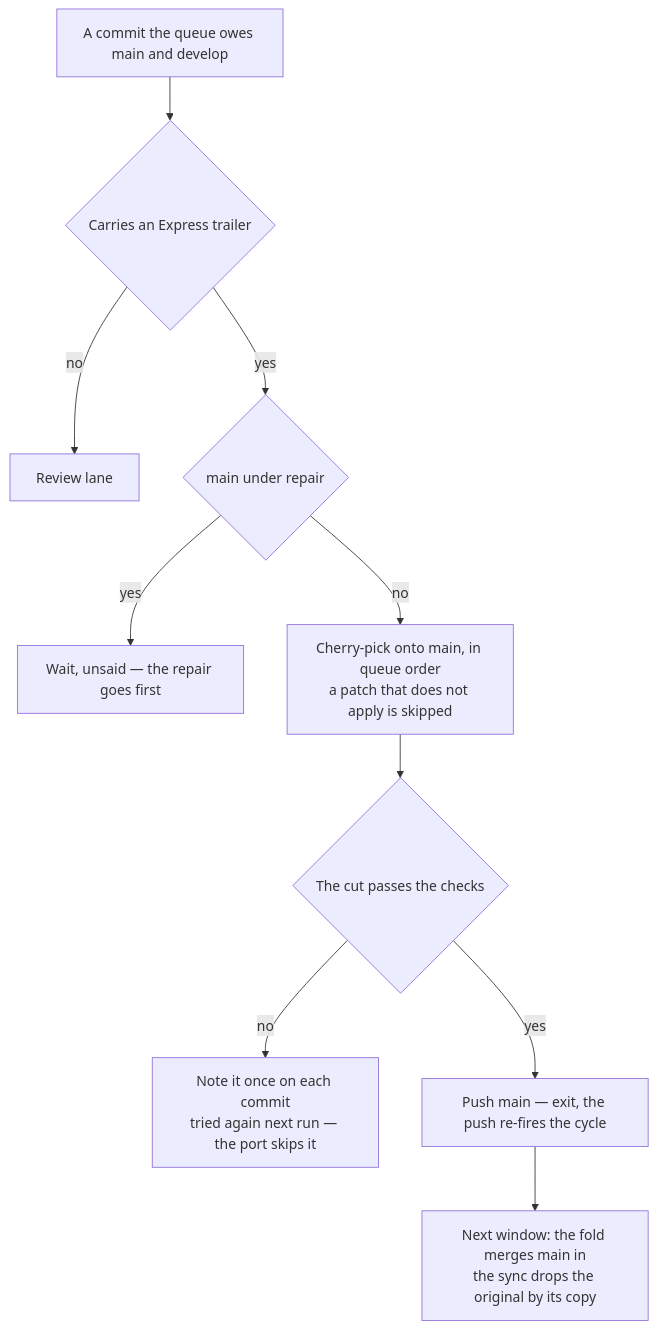
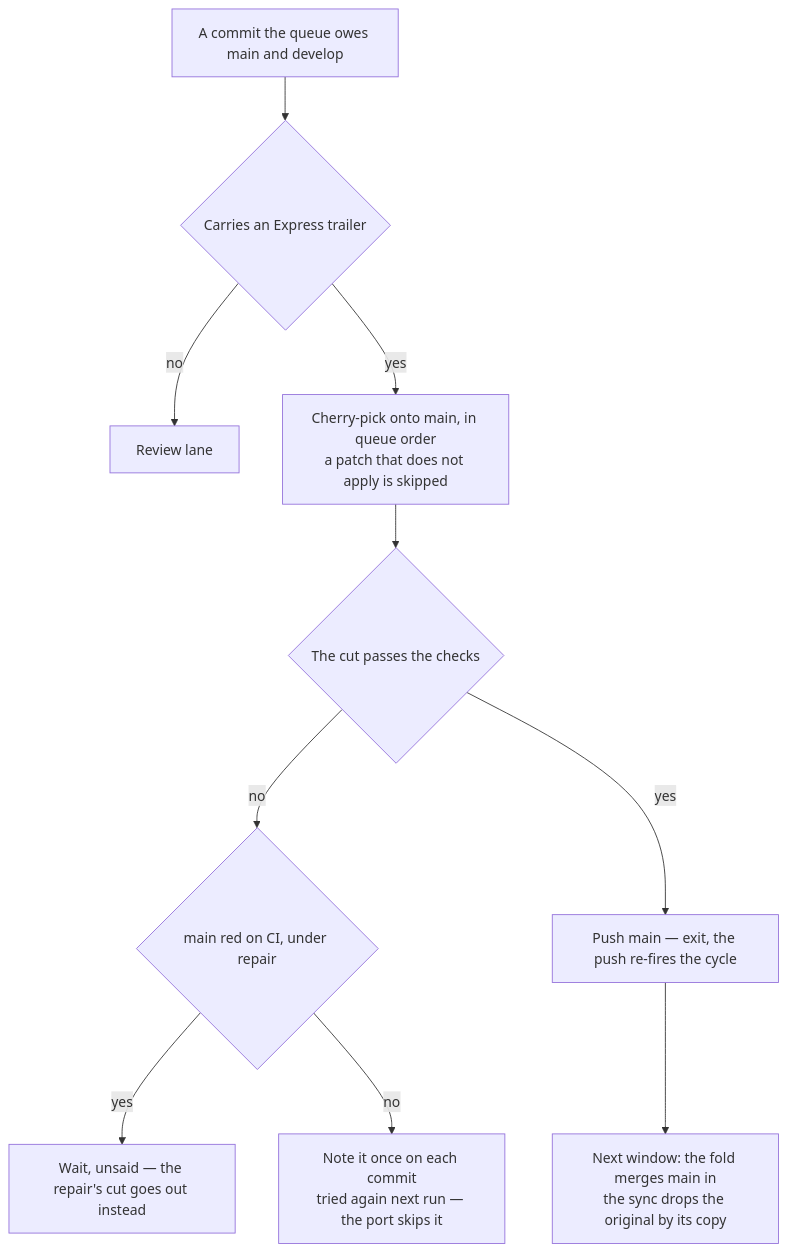
One commit to Esposter/Esposter changed the diagram in apps/web/content/docs/infra/review-collector/express-lane.md. Above: the diagram before and after it, drawn with Mermaid. The commit also changed other lines of this file and 6 other files, not shown here.

First line of the commit message:
fix(coderabbit): the express cut goes first, and a red main is repaired behind a red cut

````diff
--- a/apps/web/content/docs/infra/review-collector/express-lane.md
+++ b/apps/web/content/docs/infra/review-collector/express-lane.md
@@ -19,12 +19,12 @@
 ```mermaid
 flowchart TD
   C[A commit the queue owes main and develop] --> T{Carries an Express trailer}
   T -->|no| RV[Review lane]
-  T -->|yes| MR{main under repair}
-  MR -->|yes| W[Wait, unsaid — the repair goes first]
-  MR -->|no| EX[Cherry-pick onto main, in queue order<br/>a patch that does not apply is skipped]
+  T -->|yes| EX[Cherry-pick onto main, in queue order<br/>a patch that does not apply is skipped]
   EX --> V{The cut passes the checks}
-  V -->|no| RD[Note it once on each commit<br/>tried again next run — the port skips it]
+  V -->|no| MR{main red on CI, under repair}
+  MR -->|yes| W[Wait, unsaid — the repair's cut goes out instead]
+  MR -->|no| RD[Note it once on each commit<br/>tried again next run — the port skips it]
   V -->|yes| PU[Push main — exit, the push re-fires the cycle]
   PU --> FO[Next window: the fold merges main in<br/>the sync drops the original by its copy]
 ```
````
